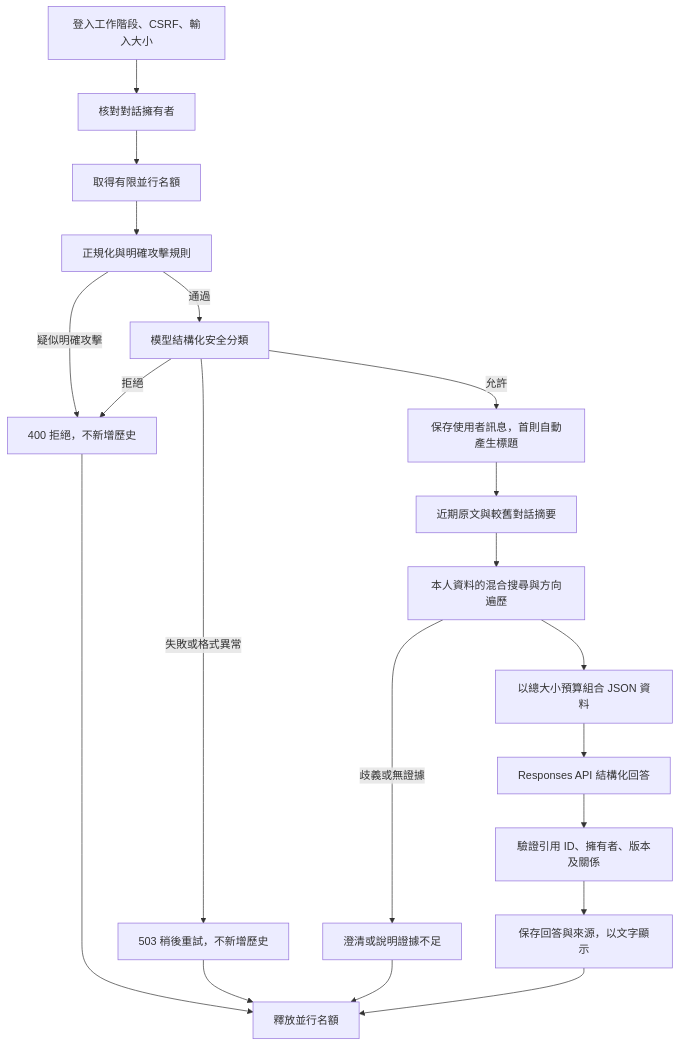
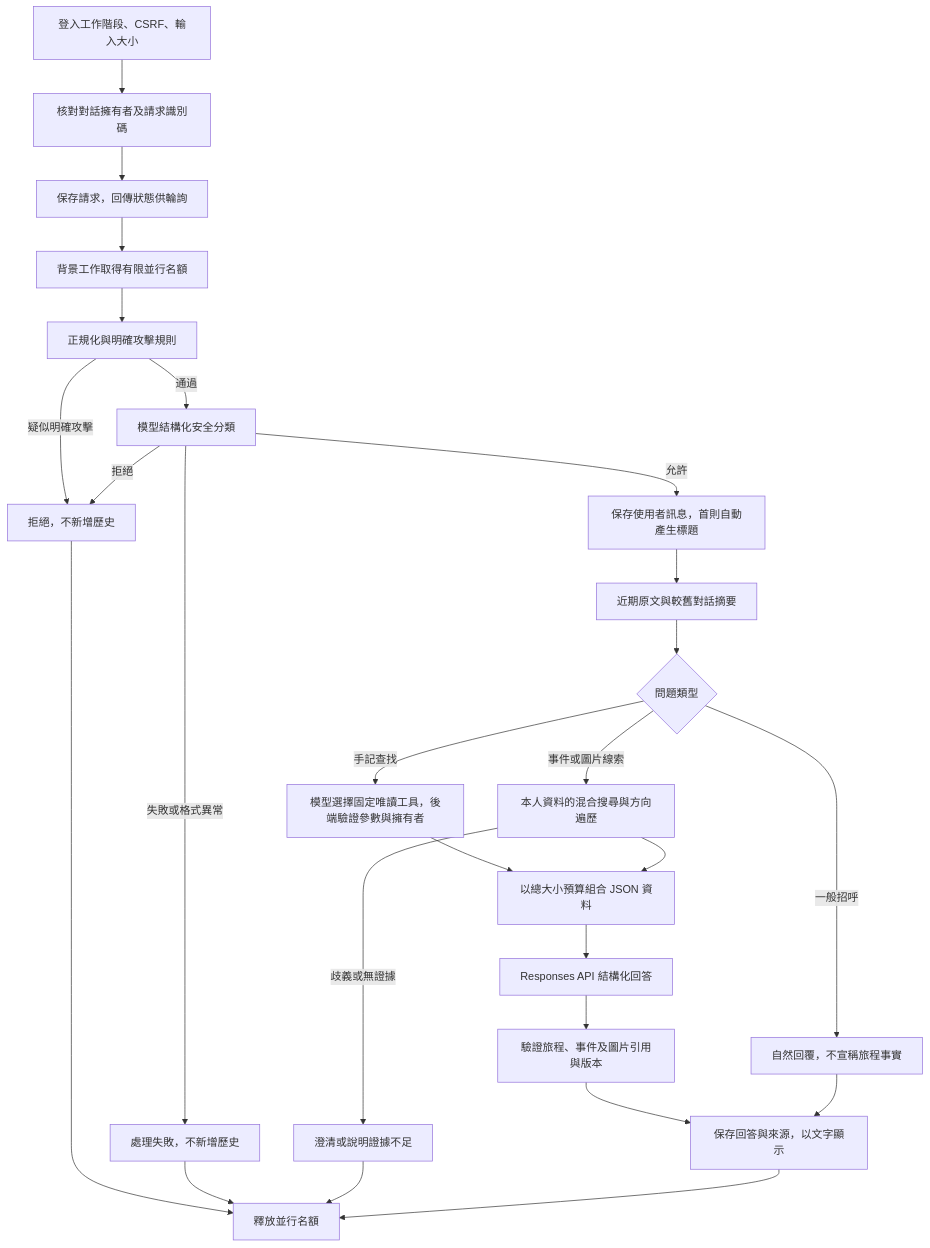
The third of 3 diagrams in docs/BACKEND.md (LaimoKarca/TravelMemo), drawn with Mermaid before and after one commit. The commit also changed other lines of this file and 41 other files, not shown here.

````diff
--- a/docs/BACKEND.md
+++ b/docs/BACKEND.md
@@ -28,22 +79,28 @@
 ```mermaid
 flowchart TD
-    A[登入工作階段、CSRF、輸入大小] --> B[核對對話擁有者]
-    B --> C[取得有限並行名額]
+    A[登入工作階段、CSRF、輸入大小] --> B[核對對話擁有者及請求識別碼]
+    B --> Q[保存請求，回傳狀態供輪詢]
+    Q --> C[背景工作取得有限並行名額]
     C --> D[正規化與明確攻擊規則]
-    D -->|疑似明確攻擊| X[400 拒絕，不新增歷史]
+    D -->|疑似明確攻擊| X[拒絕，不新增歷史]
     D -->|通過| E[模型結構化安全分類]
     E -->|拒絕| X
-    E -->|失敗或格式異常| Y[503 稍後重試，不新增歷史]
+    E -->|失敗或格式異常| Y[處理失敗，不新增歷史]
     E -->|允許| F[保存使用者訊息，首則自動產生標題]
     F --> G[近期原文與較舊對話摘要]
-    G --> H[本人資料的混合搜尋與方向遍歷]
+    G --> T{問題類型}
+    T -->|一般招呼| N[自然回覆，不宣稱旅程事實]
+    T -->|手記查找| U[模型選擇固定唯讀工具，後端驗證參數與擁有者]
+    T -->|事件或圖片線索| H[本人資料的混合搜尋與方向遍歷]
+    U --> J
     H -->|歧義或無證據| I[澄清或說明證據不足]
     H --> J[以總大小預算組合 JSON 資料]
     J --> K[Responses API 結構化回答]
-    K --> L[驗證引用 ID、擁有者、版本及關係]
+    K --> L[驗證旅程、事件及圖片引用與版本]
     L --> M[保存回答與來源，以文字顯示]
     X --> Z[釋放並行名額]
     Y --> Z
     I --> Z
     M --> Z
+    N --> M
 ```
````
